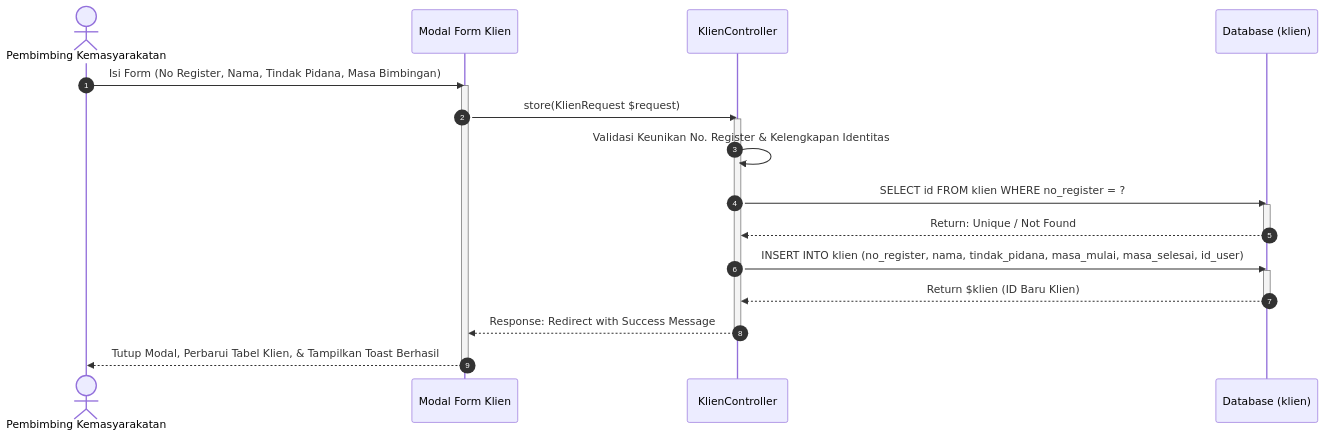
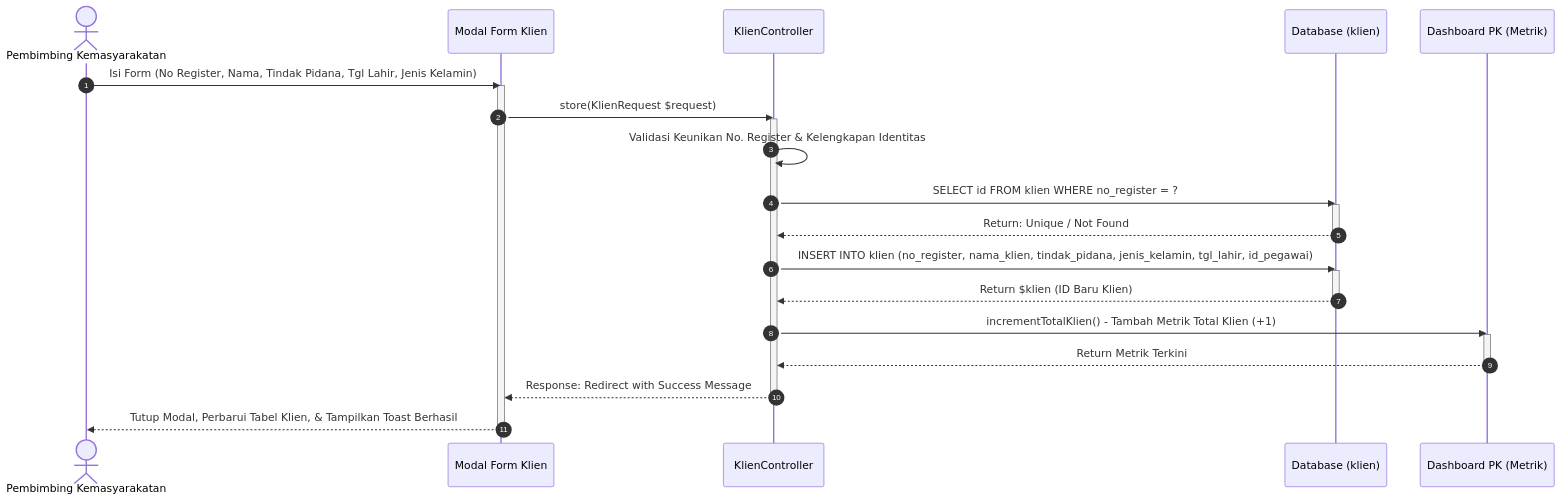
The ninth of 12 diagrams in diagram/sequence_diagram_simba.md (hilyaaulia14/SIMBA), drawn with Mermaid before and after one commit. The commit also changed other lines of this file and 6 other files, not shown here.

Commit message:
docs(diagram): sinkronisasi diagram dengan skema implementasi SIMBA

````diff
--- a/diagram/sequence_diagram_simba.md
+++ b/diagram/sequence_diagram_simba.md
@@ -135,29 +348,35 @@
 ```mermaid
 sequenceDiagram
     autonumber
     actor PK as Pembimbing Kemasyarakatan
     participant Modal as Modal Form Klien
     participant Ctrl as KlienController
     participant DB as Database (klien)
+    participant Dash as Dashboard PK (Metrik)
 
-    PK->>Modal: Isi Form (No Register, Nama, Tindak Pidana, Masa Bimbingan)
+    PK->>Modal: Isi Form (No Register, Nama, Tindak Pidana, Tgl Lahir, Jenis Kelamin)
     activate Modal
     Modal->>Ctrl: store(KlienRequest $request)
     activate Ctrl
     Ctrl->>Ctrl: Validasi Keunikan No. Register & Kelengkapan Identitas
 
     Ctrl->>DB: SELECT id FROM klien WHERE no_register = ?
     activate DB
     DB-->>Ctrl: Return: Unique / Not Found
     deactivate DB
 
-    Ctrl->>DB: INSERT INTO klien (no_register, nama, tindak_pidana, masa_mulai, masa_selesai, id_user)
+    Ctrl->>DB: INSERT INTO klien (no_register, nama_klien, tindak_pidana, jenis_kelamin, tgl_lahir, id_pegawai)
     activate DB
     DB-->>Ctrl: Return $klien (ID Baru Klien)
     deactivate DB
+
+    Ctrl->>Dash: incrementTotalKlien() - Tambah Metrik Total Klien (+1)
+    activate Dash
+    Dash-->>Ctrl: Return Metrik Terkini
+    deactivate Dash
 
     Ctrl-->>Modal: Response: Redirect with Success Message
     deactivate Ctrl
     Modal-->>PK: Tutup Modal, Perbarui Tabel Klien, & Tampilkan Toast Berhasil
     deactivate Modal
 ```
````
